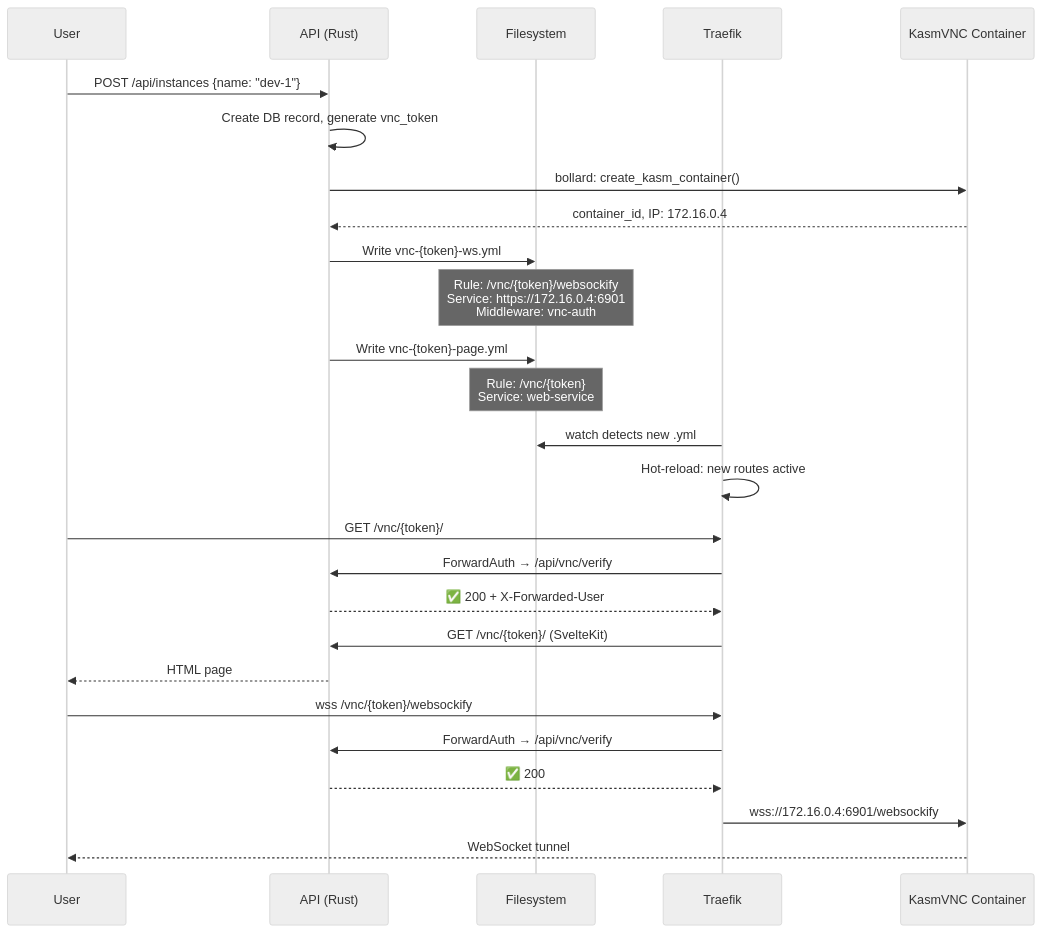
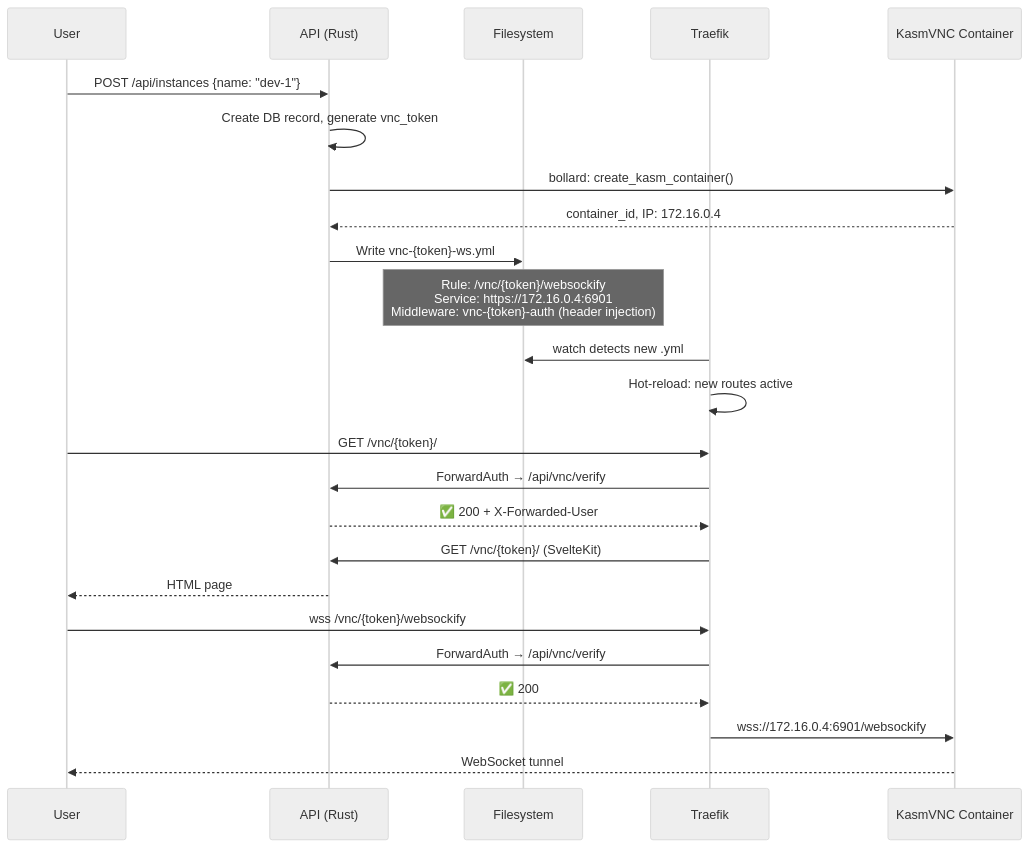
Before and after one commit to TsukiSama9292/OpenWorkspace-Engine: the third of 7 diagrams in docs/architecture.md, drawn with Mermaid (neutral theme). The commit also changed other lines of this file and 6 other files, not shown here.

````diff
--- a/docs/architecture.md
+++ b/docs/architecture.md
@@ -83,31 +83,29 @@
 ```mermaid
 sequenceDiagram
     participant U as User
     participant A as API (Rust)
     participant FS as Filesystem
     participant T as Traefik
     participant K as KasmVNC Container
 
     U->>A: POST /api/instances {name: "dev-1"}
     A->>A: Create DB record, generate vnc_token
     A->>K: bollard: create_kasm_container()
     K-->>A: container_id, IP: 172.16.0.4
     A->>FS: Write vnc-{token}-ws.yml
-    Note over FS: Rule: /vnc/{token}/websockify<br/>Service: https://172.16.0.4:6901<br/>Middleware: vnc-auth
-    A->>FS: Write vnc-{token}-page.yml
-    Note over FS: Rule: /vnc/{token}<br/>Service: web-service
+    Note over FS: Rule: /vnc/{token}/websockify<br/>Service: https://172.16.0.4:6901<br/>Middleware: vnc-{token}-auth (header injection)
     T->>FS: watch detects new .yml
     T->>T: Hot-reload: new routes active
 
     U->>T: GET /vnc/{token}/
     T->>A: ForwardAuth → /api/vnc/verify
     A-->>T: ✅ 200 + X-Forwarded-User
     T->>A: GET /vnc/{token}/ (SvelteKit)
     A-->>U: HTML page
 
     U->>T: wss /vnc/{token}/websockify
     T->>A: ForwardAuth → /api/vnc/verify
     A-->>T: ✅ 200
     T->>K: wss://172.16.0.4:6901/websockify
     K-->>U: WebSocket tunnel
 ```
````
